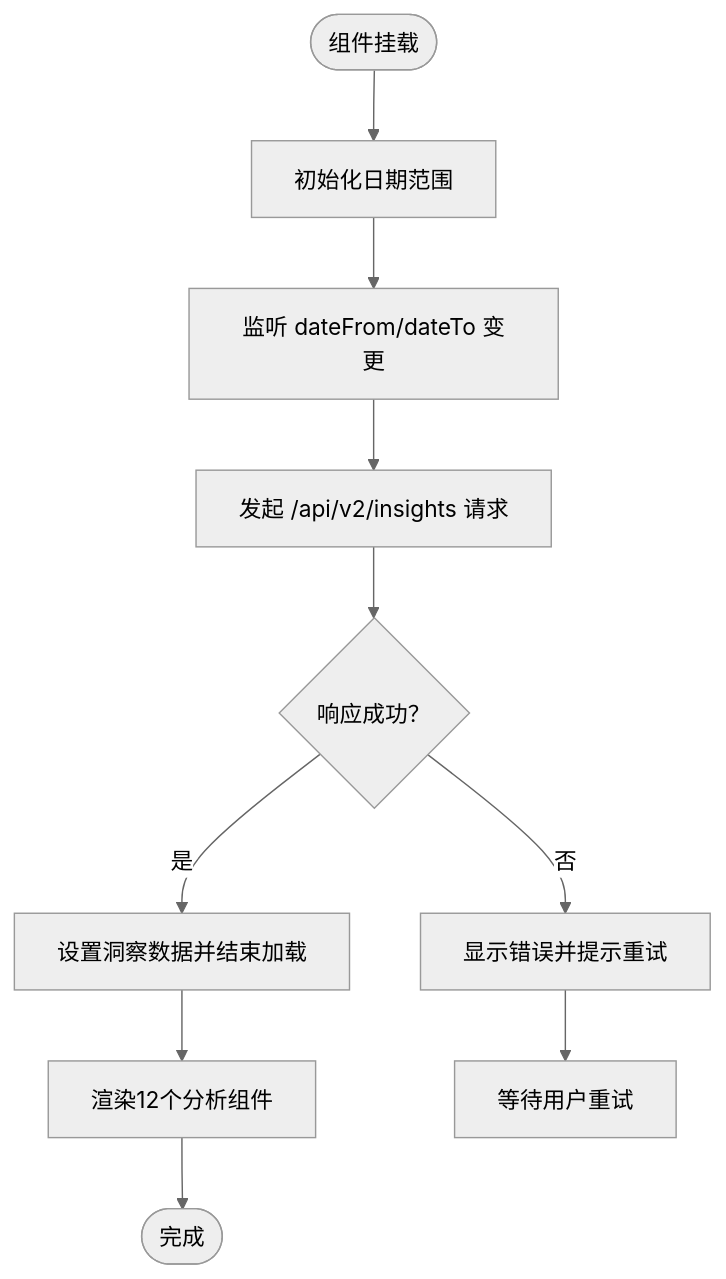
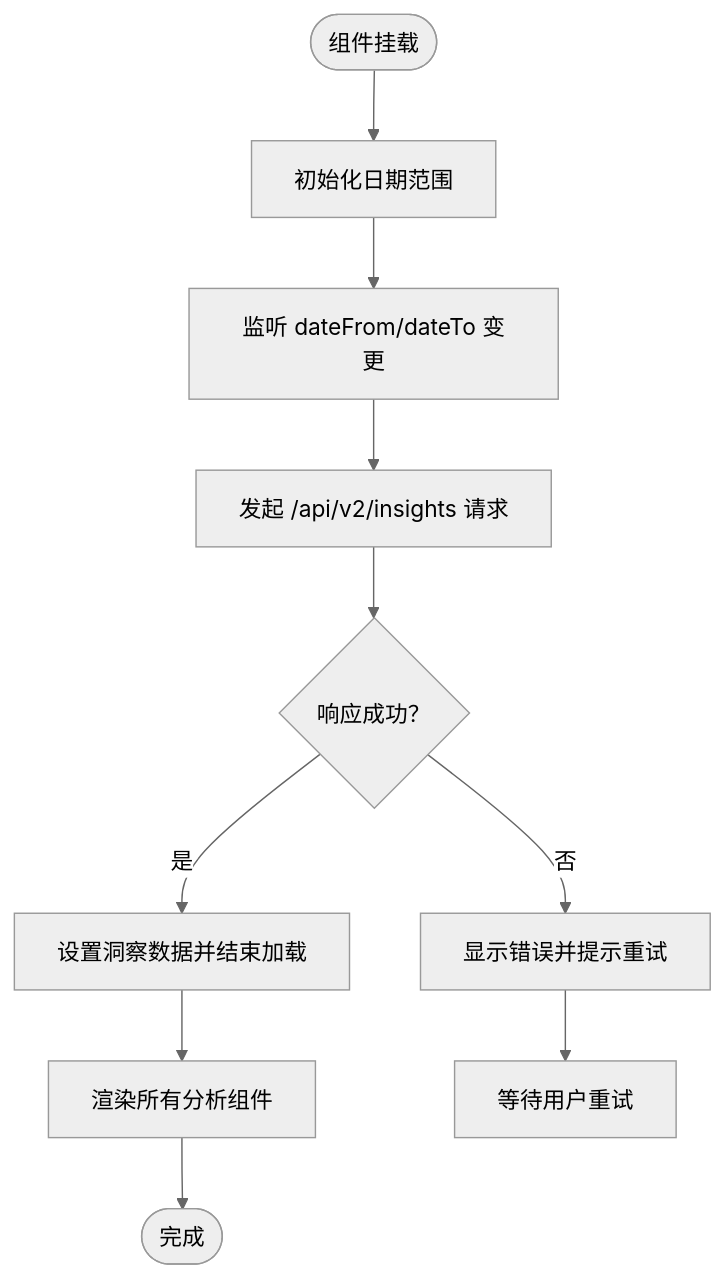
The third of 5 diagrams in .qoder/repowiki/zh/content/核心功能模块/洞察分析系统/洞察分析系统.md (bbong1234/TETO), drawn with Mermaid (neutral theme) before and after one commit. The commit also changed other lines of this file and 352 other files, not shown here.

````diff
--- a/.qoder/repowiki/zh/content/核心功能模块/洞察分析系统/洞察分析系统.md
+++ b/.qoder/repowiki/zh/content/核心功能模块/洞察分析系统/洞察分析系统.md
@@ -168,12 +123,12 @@
 ```mermaid
 flowchart TD
 Start(["组件挂载"]) --> Init["初始化日期范围"]
 Init --> Watch["监听 dateFrom/dateTo 变更"]
 Watch --> Fetch["发起 /api/v2/insights 请求"]
 Fetch --> Ok{"响应成功？"}
 Ok --> |是| SetData["设置洞察数据并结束加载"]
 Ok --> |否| ShowErr["显示错误并提示重试"]
-SetData --> Render["渲染12个分析组件"]
+SetData --> Render["渲染所有分析组件"]
 ShowErr --> Wait["等待用户重试"]
 Render --> End(["完成"])
 ```
````
